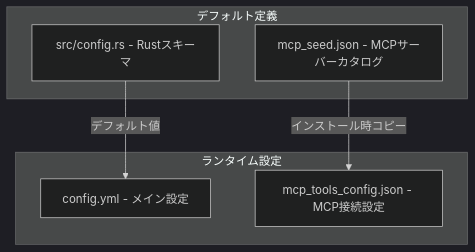
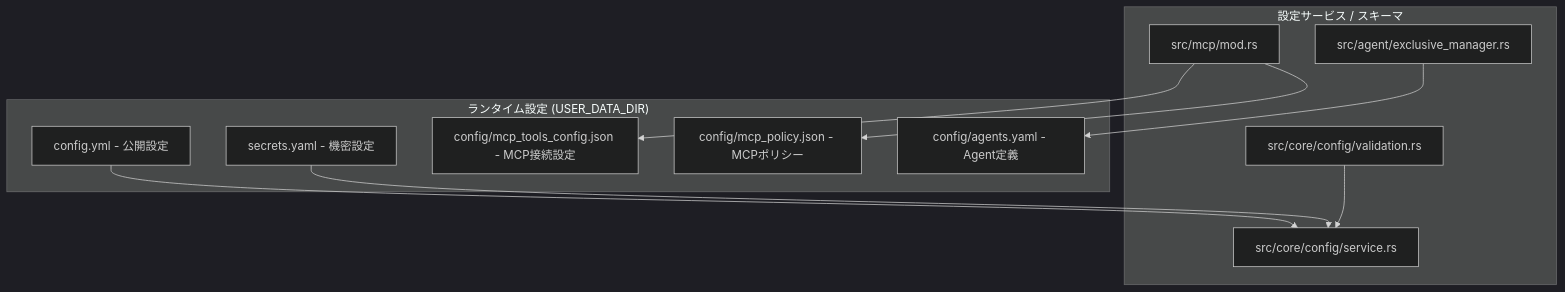
Before and after one commit to coco4atJP/Tepora-alpha: the tenth of 10 diagrams in docs/architecture/ARCHITECTURE.md, drawn with Mermaid (dark theme). The commit also changed other lines of this file, not shown here.

Commit message:
docs: update architecture documentation to v5.02

````diff
--- a/docs/architecture/ARCHITECTURE.md
+++ b/docs/architecture/ARCHITECTURE.md
@@ -965,15 +1031,24 @@
 ```mermaid
 graph TB
-    subgraph Runtime["ランタイム設定"]
-        ConfigYml[config.yml - メイン設定]
-        McpJson[mcp_tools_config.json - MCP接続設定]
+    subgraph Runtime["ランタイム設定 (USER_DATA_DIR)"]
+        ConfigYml[config.yml - 公開設定]
+        SecretsYml[secrets.yaml - 機密設定]
+        McpJson[config/mcp_tools_config.json - MCP接続設定]
+        McpPolicy[config/mcp_policy.json - MCPポリシー]
+        AgentsYml[config/agents.yaml - Agent定義]
     end
   
-    subgraph Defaults["デフォルト定義"]
-        ConfigRs[src/config.rs - Rustスキーマ]
-        SeedJson[mcp_seed.json - MCPサーバーカタログ]
+    subgraph Services["設定サービス / スキーマ"]
+        ConfigSvc[src/core/config/service.rs]
+        ConfigValidation[src/core/config/validation.rs]
+        McpManager[src/mcp/mod.rs]
+        AgentManager[src/agent/exclusive_manager.rs]
     end
   
-    ConfigRs -->|デフォルト値| ConfigYml
-    SeedJson -->|インストール時コピー| McpJson
+    ConfigYml --> ConfigSvc
+    SecretsYml --> ConfigSvc
+    ConfigValidation --> ConfigSvc
+    McpManager --> McpJson
+    McpManager --> McpPolicy
+    AgentManager --> AgentsYml
 ```
````
